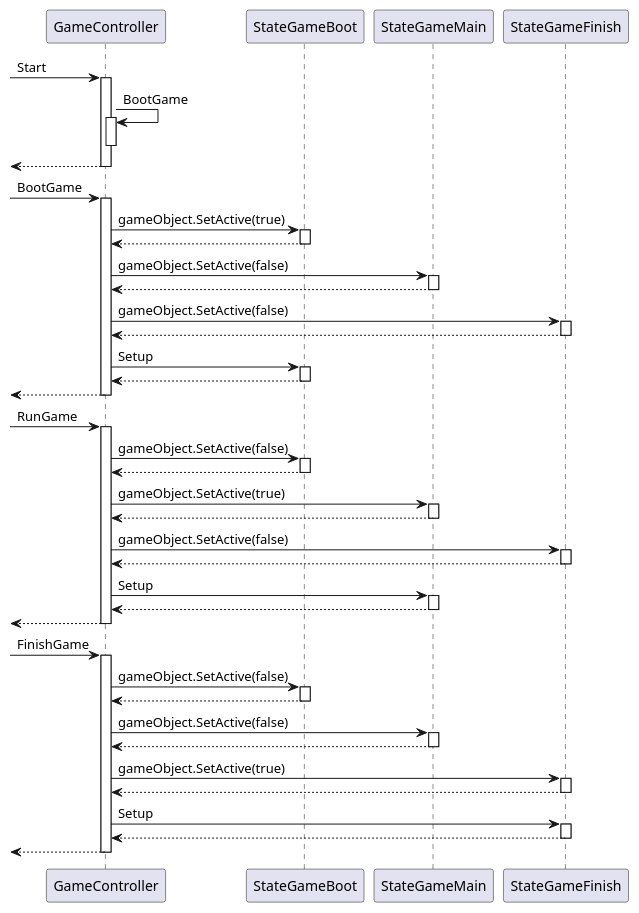
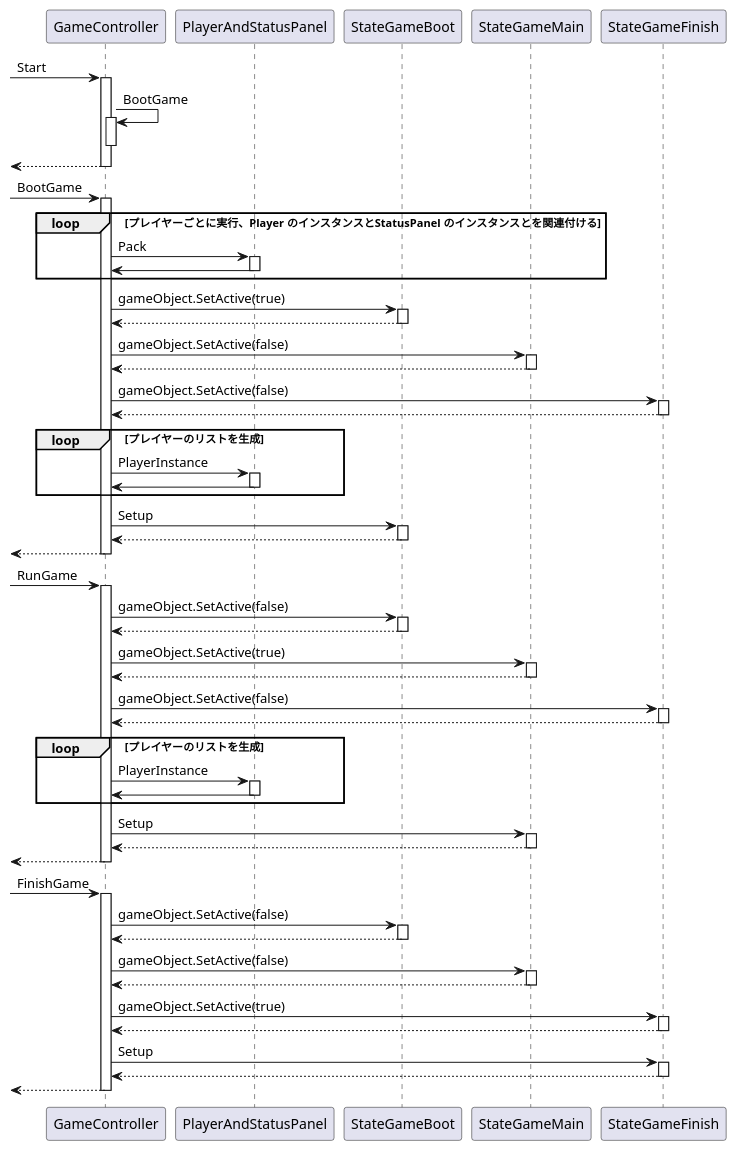
One commit to azarashin/UnityTetris changed the diagram in Documents/PlantUML/SQD_GameController.pu. Above: the diagram before and after it, drawn with PlantUML. The commit also changed 20 other files, not shown here.

```diff
--- a/Documents/PlantUML/SQD_GameController.pu
+++ b/Documents/PlantUML/SQD_GameController.pu
@@ -1,77 +1,94 @@
 @startuml
 
 [-> GameController : Start
 activate GameController
     GameController -> GameController : BootGame
     activate GameController
     deactivate GameController
 [<-- GameController
 deactivate GameController
 
 [-> GameController : BootGame
 activate GameController
+    loop プレイヤーごとに実行、Player のインスタンスとStatusPanel のインスタンスとを関連付ける
+        GameController -> PlayerAndStatusPanel : Pack
+        activate PlayerAndStatusPanel
+            GameController <- PlayerAndStatusPanel
+        deactivate PlayerAndStatusPanel
+    end
     GameController -> StateGameBoot : gameObject.SetActive(true)
     activate StateGameBoot
         GameController <-- StateGameBoot
     deactivate StateGameBoot
     GameController -> StateGameMain : gameObject.SetActive(false)
     activate StateGameMain
         GameController <-- StateGameMain
     deactivate StateGameMain
     GameController -> StateGameFinish : gameObject.SetActive(false)
     activate StateGameFinish
         GameController <-- StateGameFinish
     deactivate StateGameFinish
-
+    loop プレイヤーのリストを生成
+        GameController -> PlayerAndStatusPanel : PlayerInstance
+        activate PlayerAndStatusPanel
+            GameController <- PlayerAndStatusPanel
+        deactivate PlayerAndStatusPanel
+    end
     GameController -> StateGameBoot : Setup
     activate StateGameBoot
         GameController <-- StateGameBoot
     deactivate StateGameBoot
 [<-- GameController
 deactivate GameController
 
 [-> GameController : RunGame
 activate GameController
     GameController -> StateGameBoot : gameObject.SetActive(false)
     activate StateGameBoot
         GameController <-- StateGameBoot
     deactivate StateGameBoot
     GameController -> StateGameMain : gameObject.SetActive(true)
     activate StateGameMain
         GameController <-- StateGameMain
     deactivate StateGameMain
     GameController -> StateGameFinish : gameObject.SetActive(false)
     activate StateGameFinish
         GameController <-- StateGameFinish
     deactivate StateGameFinish
 
+    loop プレイヤーのリストを生成
+        GameController -> PlayerAndStatusPanel : PlayerInstance
+        activate PlayerAndStatusPanel
+            GameController <- PlayerAndStatusPanel
+        deactivate PlayerAndStatusPanel
+    end
     GameController -> StateGameMain : Setup
     activate StateGameMain
         GameController <-- StateGameMain
     deactivate StateGameMain
 [<-- GameController
 deactivate GameController
 
 [-> GameController : FinishGame
 activate GameController
     GameController -> StateGameBoot : gameObject.SetActive(false)
     activate StateGameBoot
         GameController <-- StateGameBoot
     deactivate StateGameBoot
     GameController -> StateGameMain : gameObject.SetActive(false)
     activate StateGameMain
         GameController <-- StateGameMain
     deactivate StateGameMain
     GameController -> StateGameFinish : gameObject.SetActive(true)
     activate StateGameFinish
         GameController <-- StateGameFinish
     deactivate StateGameFinish
 
     GameController -> StateGameFinish : Setup
     activate StateGameFinish
         GameController <-- StateGameFinish
     deactivate StateGameFinish
 [<-- GameController
 deactivate GameController
 
 @enduml
```
